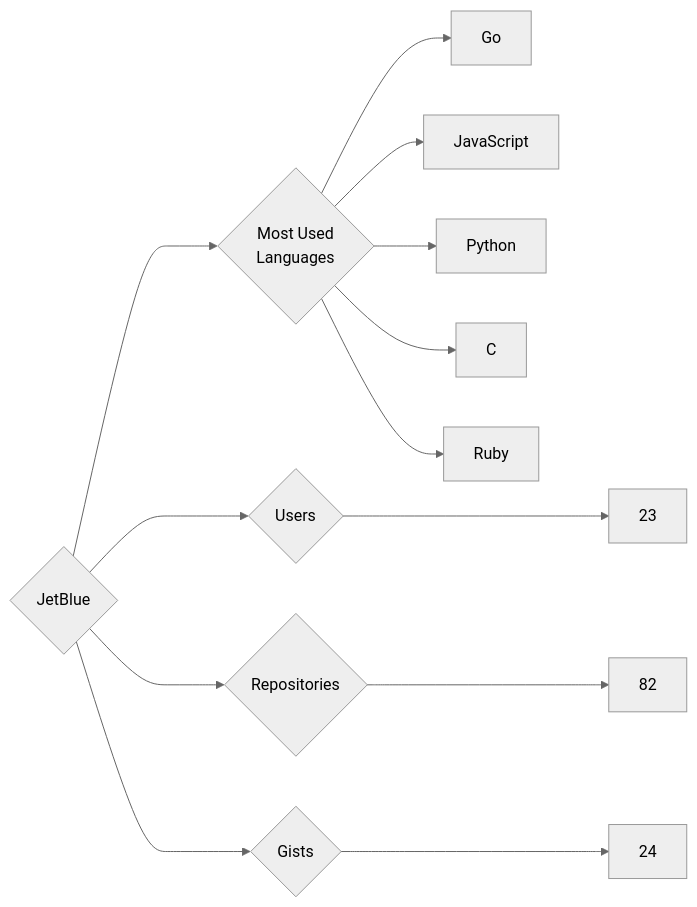
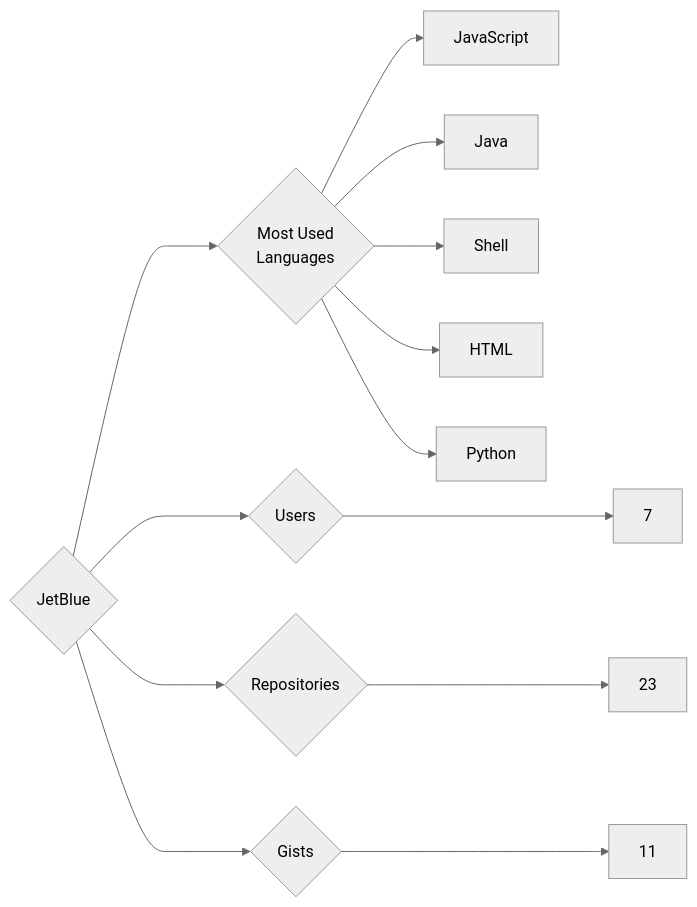
One commit to trickest/insiders changed the diagram in targets/JetBlue/README.md. Above: the diagram before and after it, drawn with Mermaid (neutral theme). The commit also changed 823 other files, not shown here.

````diff
--- a/targets/JetBlue/README.md
+++ b/targets/JetBlue/README.md
@@ -3,13 +3,13 @@
 ```mermaid
 graph LR
 COMPANY_NAME{JetBlue}
-COMPANY_NAME ---> U{Users} ---> UN[23]
-COMPANY_NAME ---> R{Repositories} ---> RN[82]
-COMPANY_NAME ---> G{Gists} ---> GN[24]
+COMPANY_NAME ---> U{Users} ---> UN[7]
+COMPANY_NAME ---> R{Repositories} ---> RN[23]
+COMPANY_NAME ---> G{Gists} ---> GN[11]
 COMPANY_NAME ---> ML{Most Used<br>Languages}
-ML --> Go[Go]
 ML --> JavaScript[JavaScript]
+ML --> Java[Java]
+ML --> Shell[Shell]
+ML --> HTML[HTML]
 ML --> Python[Python]
-ML --> C[C]
-ML --> Ruby[Ruby]
 ```
````
